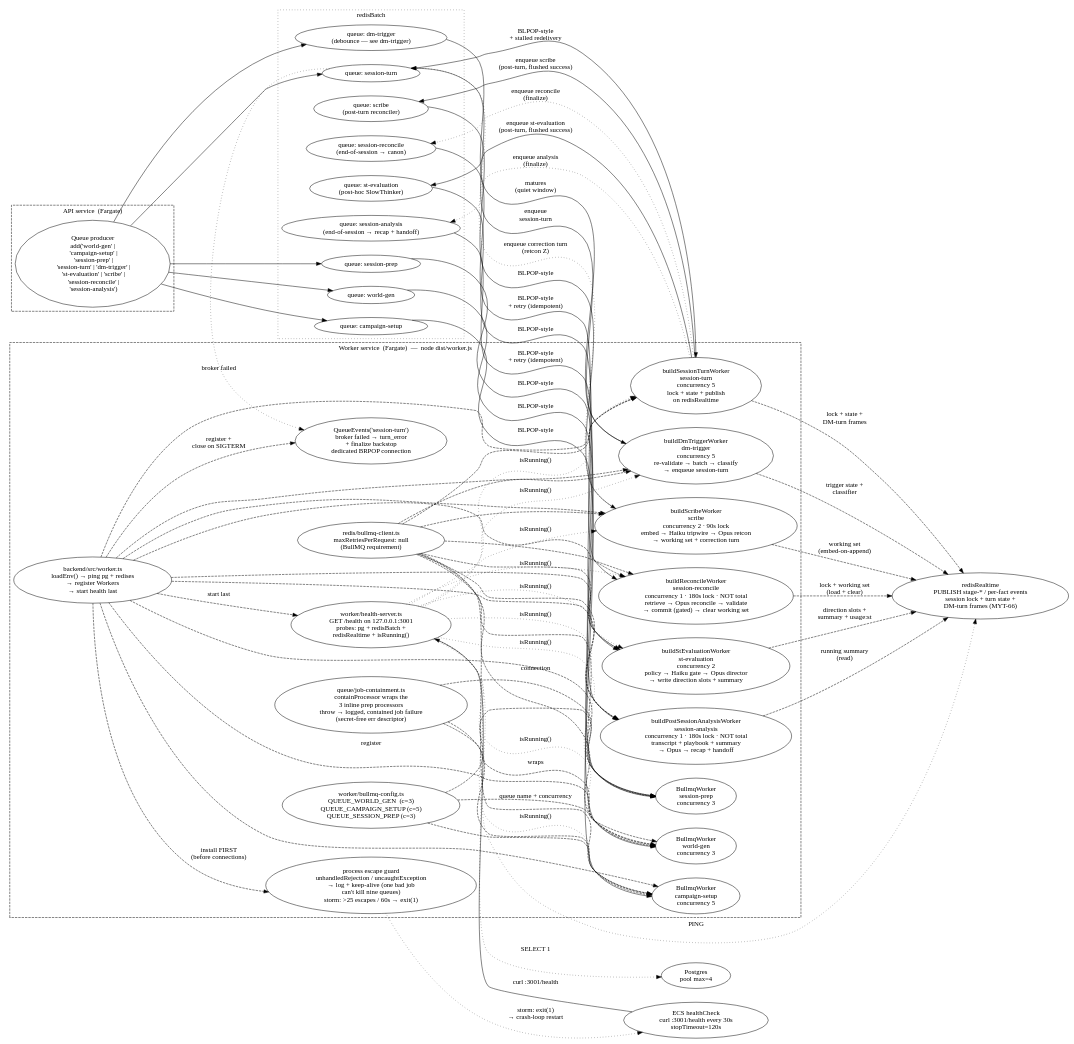
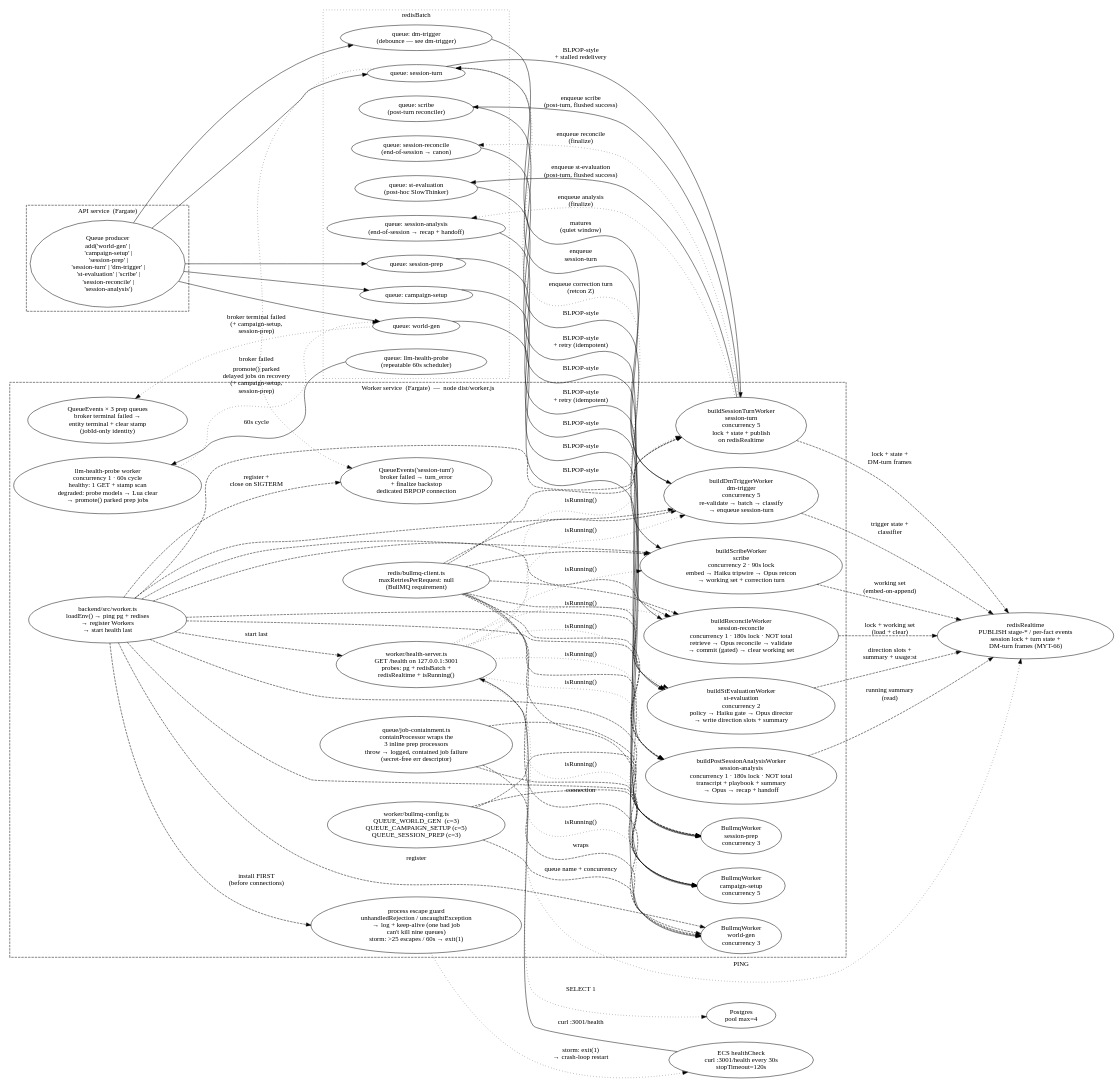
The diagram in docs/wiki/diagrams/runtime/worker.dot (mythrun/mythrun), drawn with Graphviz before and after one commit. The commit also changed 60 other files, not shown here.

```diff
--- a/docs/wiki/diagrams/runtime/worker.dot
+++ b/docs/wiki/diagrams/runtime/worker.dot
@@ -1,162 +1,168 @@
 digraph worker {
   // The worker. A second ECS Fargate service that runs node dist/worker.js
-  // and pulls jobs from nine BullMQ queues on redisBatch. Health server on
+  // and pulls jobs from ten BullMQ queues on redisBatch. Health server on
   // 127.0.0.1:3001 is what ECS probes. Real prep-stage processors land across
   // MYT-51 onward; session-prep (MYT-61) is the third queue/worker; the
   // session-turn worker (MYT-66) is the fourth — the lock-fenced DM-turn
   // conductor; the dm-trigger worker (MYT-67) is the fifth — the DM-trigger
   // decision shell; the st-evaluation worker (MYT-69) is the sixth — the
   // post-hoc SlowThinker; the scribe worker (MYT-73) is the seventh — the
   // post-turn reconciler (working set + tripwire + retcon); the
   // session-reconcile worker (MYT-74a) is the eighth — the end-of-session
   // reconciler that folds the working set into durable canon; the
   // session-analysis worker (MYT-74b) is the ninth — the end-of-session
   // closeout that writes the recap + handoff. The st-evaluation and scribe
   // workers are both enqueued by the turn worker on its flushed-success path;
   // the reconcile + analysis workers are fired at finalize (end_session WS
   // frame or the turn worker's budget-100% auto-end). The turn / trigger /
   // st-eval / scribe / reconcile / analysis workers also read/write
   // redisRealtime (lock / state / direction / working set / summary / trigger
   // coordination). A QueueEvents('session-turn') subscriber publishes the
   // broker-side terminal turn_error on a dedicated blocking connection and
   // runs the finalize backstop. myth-y2qfi containment: containProcessor
   // wraps the three inline prep processors (throw → contained job failure);
   // a process-level escape guard catches floating rejections and keeps the
   // process alive, with a >25-escapes/60s storm hatch that exit(1)s so a
   // systemic failure crash-loops instead of zombie-ing.
   rankdir=LR;
   compound=true;
   nodesep=0.4;
   ranksep=0.7;
 
   subgraph cluster_api {
     label="API service  (Fargate)";
     style="dashed";
     color="ember";
     fontcolor="ember";
 
     queue_producer [label="Queue producer\nadd('world-gen' |\n  'campaign-setup' |\n  'session-prep' |\n  'session-turn' | 'dm-trigger' |\n  'st-evaluation' | 'scribe' |\n  'session-reconcile' |\n  'session-analysis')"];
   }
 
   subgraph cluster_redis {
     label="redisBatch";
     style="dotted";
 
     q_world    [label="queue: world-gen"];
     q_campaign [label="queue: campaign-setup"];
     q_prep     [label="queue: session-prep"];
     q_turn     [label="queue: session-turn", color="ember", fontcolor="ember"];
     q_trig     [label="queue: dm-trigger\n(debounce — see dm-trigger)", color="ember", fontcolor="ember"];
     q_steval   [label="queue: st-evaluation\n(post-hoc SlowThinker)", color="ember", fontcolor="ember"];
     q_scribe   [label="queue: scribe\n(post-turn reconciler)", color="ember", fontcolor="ember"];
     q_recon    [label="queue: session-reconcile\n(end-of-session → canon)", color="ember", fontcolor="ember"];
     q_analysis [label="queue: session-analysis\n(end-of-session → recap + handoff)", color="ember", fontcolor="ember"];
+    q_probe    [label="queue: llm-health-probe\n(repeatable 60s scheduler)", color="ember", fontcolor="ember"];
   }
 
   subgraph cluster_worker {
     label="Worker service  (Fargate)  —  node dist/worker.js";
     style="dashed";
     color="ember";
     fontcolor="ember";
 
     entry      [label="backend/src/worker.ts\nloadEnv() → ping pg + redises\n→ register Workers\n→ start health last", color="ember", fontcolor="ember"];
     cfg        [label="worker/bullmq-config.ts\nQUEUE_WORLD_GEN  (c=3)\nQUEUE_CAMPAIGN_SETUP (c=5)\nQUEUE_SESSION_PREP (c=3)"];
     w_world    [label="BullmqWorker\nworld-gen\nconcurrency 3"];
     w_camp     [label="BullmqWorker\ncampaign-setup\nconcurrency 5"];
     w_prep     [label="BullmqWorker\nsession-prep\nconcurrency 3", color="ember", fontcolor="ember"];
     w_turn     [label="buildSessionTurnWorker\nsession-turn\nconcurrency 5\nlock + state + publish\non redisRealtime", color="ember", fontcolor="ember"];
     w_trig     [label="buildDmTriggerWorker\ndm-trigger\nconcurrency 5\nre-validate → batch → classify\n→ enqueue session-turn", color="ember", fontcolor="ember"];
     w_steval   [label="buildStEvaluationWorker\nst-evaluation\nconcurrency 2\npolicy → Haiku gate → Opus director\n→ write direction slots + summary", color="ember", fontcolor="ember"];
     w_scribe   [label="buildScribeWorker\nscribe\nconcurrency 2 · 90s lock\nembed → Haiku tripwire → Opus retcon\n→ working set + correction turn", color="ember", fontcolor="ember"];
     w_recon    [label="buildReconcileWorker\nsession-reconcile\nconcurrency 1 · 180s lock · NOT total\nretrieve → Opus reconcile → validate\n→ commit (gated) → clear working set", color="ember", fontcolor="ember"];
     w_analysis [label="buildPostSessionAnalysisWorker\nsession-analysis\nconcurrency 1 · 180s lock · NOT total\ntranscript + playbook + summary\n→ Opus → recap + handoff", color="ember", fontcolor="ember"];
     contain    [label="queue/job-containment.ts\ncontainProcessor wraps the\n3 inline prep processors\nthrow → logged, contained job failure\n(secret-free err descriptor)", color="ember", fontcolor="ember"];
     guard      [label="process escape guard\nunhandledRejection / uncaughtException\n→ log + keep-alive (one bad job\ncan't kill nine queues)\nstorm: >25 escapes / 60s → exit(1)", color="ember", fontcolor="ember"];
     qevents    [label="QueueEvents('session-turn')\nbroker failed → turn_error\n+ finalize backstop\ndedicated BRPOP connection", color="ember", fontcolor="ember"];
+    pqevents   [label="QueueEvents × 3 prep queues\nbroker terminal failed →\nentity terminal + clear stamp\n(jobId-only identity)", color="ember", fontcolor="ember"];
+    w_probe    [label="llm-health-probe worker\nconcurrency 1 · 60s cycle\nhealthy: 1 GET + stamp scan\ndegraded: probe models → Lua clear\n→ promote() parked prep jobs", color="ember", fontcolor="ember"];
     health     [label="worker/health-server.ts\nGET /health on 127.0.0.1:3001\nprobes: pg + redisBatch +\nredisRealtime + isRunning()"];
     bullmq_redis [label="redis/bullmq-client.ts\nmaxRetriesPerRequest: null\n(BullMQ requirement)"];
   }
 
   ecs   [label="ECS healthCheck\ncurl :3001/health every 30s\nstopTimeout=120s"];
   pg    [label="Postgres\npool max=4"];
   realtime [label="redisRealtime\nPUBLISH stage-* / per-fact events\nsession lock + turn state +\nDM-turn frames (MYT-66)"];
 
   // API enqueues
   queue_producer -> q_world;
   queue_producer -> q_campaign;
   queue_producer -> q_prep;
   queue_producer -> q_turn;
   queue_producer -> q_trig;
 
   // Worker consumes
   q_world    -> w_world  [label="BLPOP-style"];
   q_campaign -> w_camp   [label="BLPOP-style"];
   q_prep     -> w_prep   [label="BLPOP-style"];
   q_turn     -> w_turn   [label="BLPOP-style\n+ stalled redelivery", color="ember"];
   q_trig     -> w_trig   [label="matures\n(quiet window)", color="ember"];
   q_steval   -> w_steval [label="BLPOP-style", color="ember"];
   q_scribe   -> w_scribe [label="BLPOP-style", color="ember"];
   q_recon    -> w_recon  [label="BLPOP-style\n+ retry (idempotent)", color="ember"];
   q_analysis -> w_analysis [label="BLPOP-style\n+ retry (idempotent)", color="ember"];
   w_trig     -> q_turn   [label="enqueue\nsession-turn", color="ember"];
   w_turn     -> q_steval [label="enqueue st-evaluation\n(post-turn, flushed success)", color="ember"];
   w_turn     -> q_scribe [label="enqueue scribe\n(post-turn, flushed success)", color="ember"];
   w_turn     -> q_recon  [label="enqueue reconcile\n(finalize)", style=dotted, color="ember"];
   w_turn     -> q_analysis [label="enqueue analysis\n(finalize)", style=dotted, color="ember"];
   w_scribe   -> q_turn   [label="enqueue correction turn\n(retcon Z)", style=dotted, color="ember"];
   q_turn     -> qevents  [label="broker failed", style=dotted, color="ember"];
+  q_probe    -> w_probe  [label="60s cycle", color="ember"];
+  w_probe    -> q_world  [label="promote() parked\ndelayed jobs on recovery\n(+ campaign-setup,\nsession-prep)", style=dotted, color="ember"];
+  q_world    -> pqevents [label="broker terminal failed\n(+ campaign-setup,\nsession-prep)", style=dotted, color="ember"];
 
   // Worker shape
   cfg     -> w_world  [style=dashed, label="queue name + concurrency"];
   cfg     -> w_camp   [style=dashed];
   cfg     -> w_prep   [style=dashed];
   entry   -> w_world  [style=dashed, label="register"];
   entry   -> w_camp   [style=dashed];
   entry   -> w_prep   [style=dashed];
   entry   -> w_turn   [style=dashed];
   entry   -> w_trig   [style=dashed];
   entry   -> w_steval [style=dashed];
   entry   -> w_scribe [style=dashed];
   entry   -> w_recon  [style=dashed];
   entry   -> w_analysis [style=dashed];
   entry   -> qevents  [style=dashed, label="register +\nclose on SIGTERM"];
 
   // myth-y2qfi containment layers
   entry   -> guard    [style=dashed, label="install FIRST\n(before connections)", color="ember"];
   contain -> w_world  [style=dashed, label="wraps", color="ember"];
   contain -> w_camp   [style=dashed, color="ember"];
   contain -> w_prep   [style=dashed, color="ember"];
   guard   -> ecs      [style=dotted, label="storm: exit(1)\n→ crash-loop restart", color="ember"];
   bullmq_redis -> w_world [style=dashed, label="connection"];
   bullmq_redis -> w_camp  [style=dashed];
   bullmq_redis -> w_prep  [style=dashed];
   bullmq_redis -> w_turn  [style=dashed];
   bullmq_redis -> w_trig  [style=dashed];
   bullmq_redis -> w_steval [style=dashed];
   bullmq_redis -> w_scribe [style=dashed];
   bullmq_redis -> w_recon  [style=dashed];
   bullmq_redis -> w_analysis [style=dashed];
 
   // Turn + trigger + st-eval + scribe + reconcile + analysis workers also drive redisRealtime (lock / state / direction / working set / summary / coordination)
   w_turn -> realtime [style=dashed, label="lock + state +\nDM-turn frames", color="ember"];
   w_trig -> realtime [style=dashed, label="trigger state +\nclassifier", color="ember"];
   w_steval -> realtime [style=dashed, label="direction slots +\nsummary + usage:st", color="ember"];
   w_scribe -> realtime [style=dashed, label="working set\n(embed-on-append)", color="ember"];
   w_recon -> realtime [style=dashed, label="lock + working set\n(load + clear)", color="ember"];
   w_analysis -> realtime [style=dashed, label="running summary\n(read)", color="ember"];
 
   // Health + ECS probe
   entry  -> health [style=dashed, label="start last"];
   ecs    -> health [label="curl :3001/health"];
   health -> pg          [label="SELECT 1", style=dotted];
   health -> w_world     [label="isRunning()", style=dotted];
   health -> w_camp      [label="isRunning()", style=dotted];
   health -> w_prep      [label="isRunning()", style=dotted];
   health -> w_turn      [label="isRunning()", style=dotted];
   health -> w_trig      [label="isRunning()", style=dotted];
   health -> w_steval    [label="isRunning()", style=dotted];
   health -> w_scribe    [label="isRunning()", style=dotted];
   health -> w_recon     [label="isRunning()", style=dotted];
   health -> w_analysis  [label="isRunning()", style=dotted];
   health -> realtime    [label="PING", style=dotted];
 }
```
